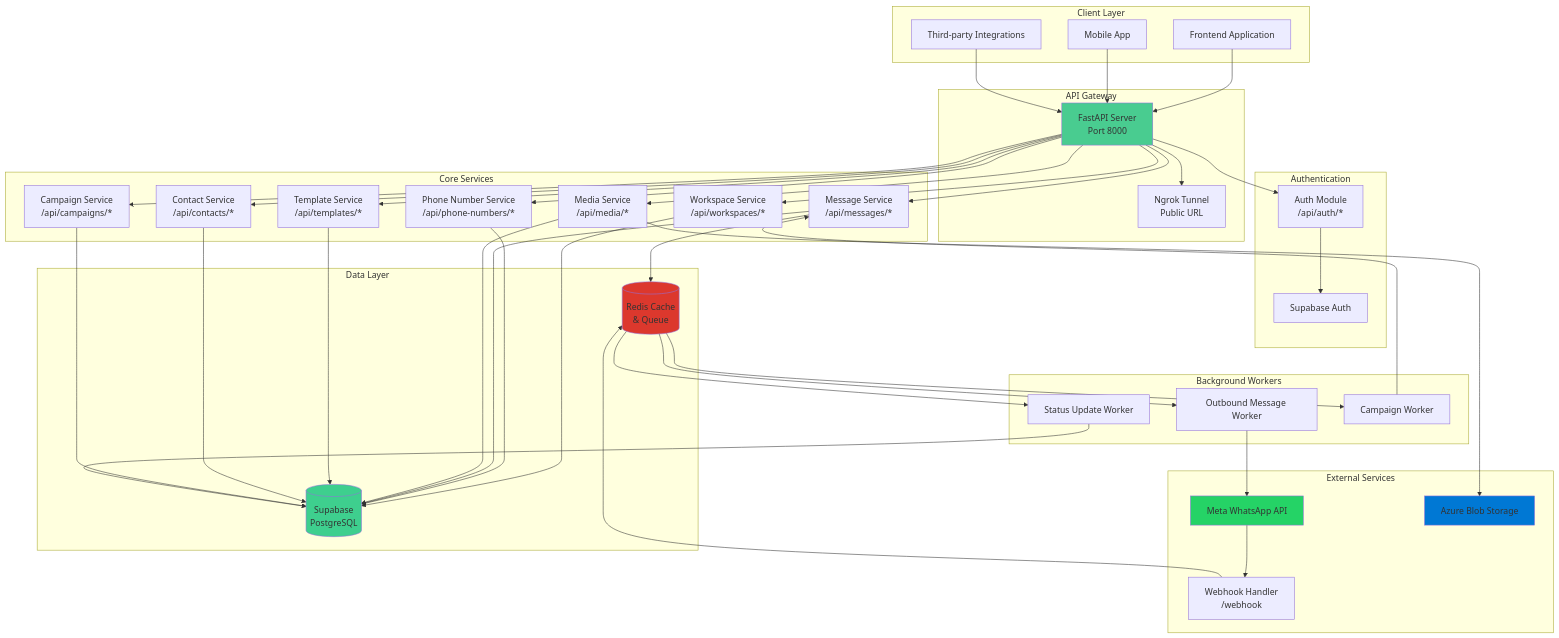
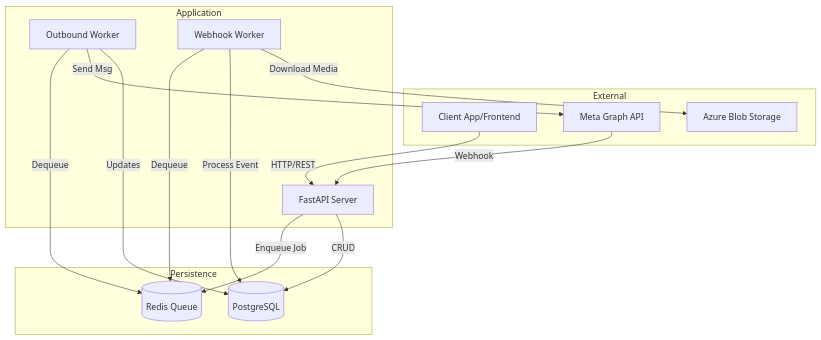
The diagram in docs/ARCHITECTURE.md (theshashank1/TREEEX-WBSP), drawn with Mermaid before and after one commit. The commit also changed other lines of this file and 15 other files, not shown here.

````diff
--- a/docs/ARCHITECTURE.md
+++ b/docs/ARCHITECTURE.md
@@ -5,88 +9,33 @@
 ```mermaid
 graph TB
-    subgraph "Client Layer"
-        FE[Frontend Application]
-        Mobile[Mobile App]
-        API_Client[Third-party Integrations]
+    subgraph "External"
+        Client[Client App/Frontend]
+        Meta[Meta Graph API]
+        Azure[Azure Blob Storage]
     end
 
-    subgraph "API Gateway"
-        FastAPI[FastAPI Server<br/>Port 8000]
-        Ngrok[Ngrok Tunnel<br/>Public URL]
+    subgraph "Application"
+        API[FastAPI Server]
+        WorkerOut[Outbound Worker]
+        WorkerWeb[Webhook Worker]
     end
 
-    subgraph "Authentication"
-        Auth[Auth Module<br/>/api/auth/*]
-        Supabase_Auth[Supabase Auth]
+    subgraph "Persistence"
+        DB[(PostgreSQL)]
+        Redis[(Redis Queue)]
     end
 
-    subgraph "Core Services"
-        Workspaces[Workspace Service<br/>/api/workspaces/*]
-        PhoneNumbers[Phone Number Service<br/>/api/phone-numbers/*]
-        Messages[Message Service<br/>/api/messages/*]
-        Media[Media Service<br/>/api/media/*]
-        Templates[Template Service<br/>/api/templates/*]
-        Contacts[Contact Service<br/>/api/contacts/*]
-        Campaigns[Campaign Service<br/>/api/campaigns/*]
-    end
+    Client -- HTTP/REST --> API
+    Meta -- Webhook --> API
 
-    subgraph "External Services"
-        Meta[Meta WhatsApp API]
-        Azure[Azure Blob Storage]
-        Webhook_Handler[Webhook Handler<br/>/webhook]
-    end
+    API -- Enqueue Job --> Redis
+    API -- CRUD --> DB
 
-    subgraph "Data Layer"
-        Supabase[(Supabase<br/>PostgreSQL)]
-        Redis[(Redis Cache<br/>& Queue)]
-    end
+    WorkerOut -- Dequeue --> Redis
+    WorkerOut -- Send Msg --> Meta
+    WorkerOut -- Updates --> DB
 
-    subgraph "Background Workers"
-        Outbound[Outbound Message Worker]
-        Status[Status Update Worker]
-        Campaign_Worker[Campaign Worker]
-    end
-
-    FE --> FastAPI
-    Mobile --> FastAPI
-    API_Client --> FastAPI
-    FastAPI --> Ngrok
-
-    FastAPI --> Auth
-    Auth --> Supabase_Auth
-
-    FastAPI --> Workspaces
-    FastAPI --> PhoneNumbers
-    FastAPI --> Messages
-    FastAPI --> Media
-    FastAPI --> Templates
-    FastAPI --> Contacts
-    FastAPI --> Campaigns
-
-    Workspaces --> Supabase
-    PhoneNumbers --> Supabase
-    Messages --> Supabase
-    Messages --> Redis
-    Media --> Supabase
-    Media --> Azure
-    Templates --> Supabase
-    Contacts --> Supabase
-    Campaigns --> Supabase
-
-    Meta --> Webhook_Handler
-    Webhook_Handler --> Redis
-
-    Redis --> Outbound
-    Redis --> Status
-    Redis --> Campaign_Worker
-
-    Outbound --> Meta
-    Status --> Supabase
-    Campaign_Worker --> Messages
-
-    style FastAPI fill:#49CC90
-    style Supabase fill:#3ECF8E
-    style Redis fill:#DC382D
-    style Meta fill:#25D366
-    style Azure fill:#0078D4
+    WorkerWeb -- Dequeue --> Redis
+    WorkerWeb -- Process Event --> DB
+    WorkerWeb -- Download Media --> Azure
 ```
````
